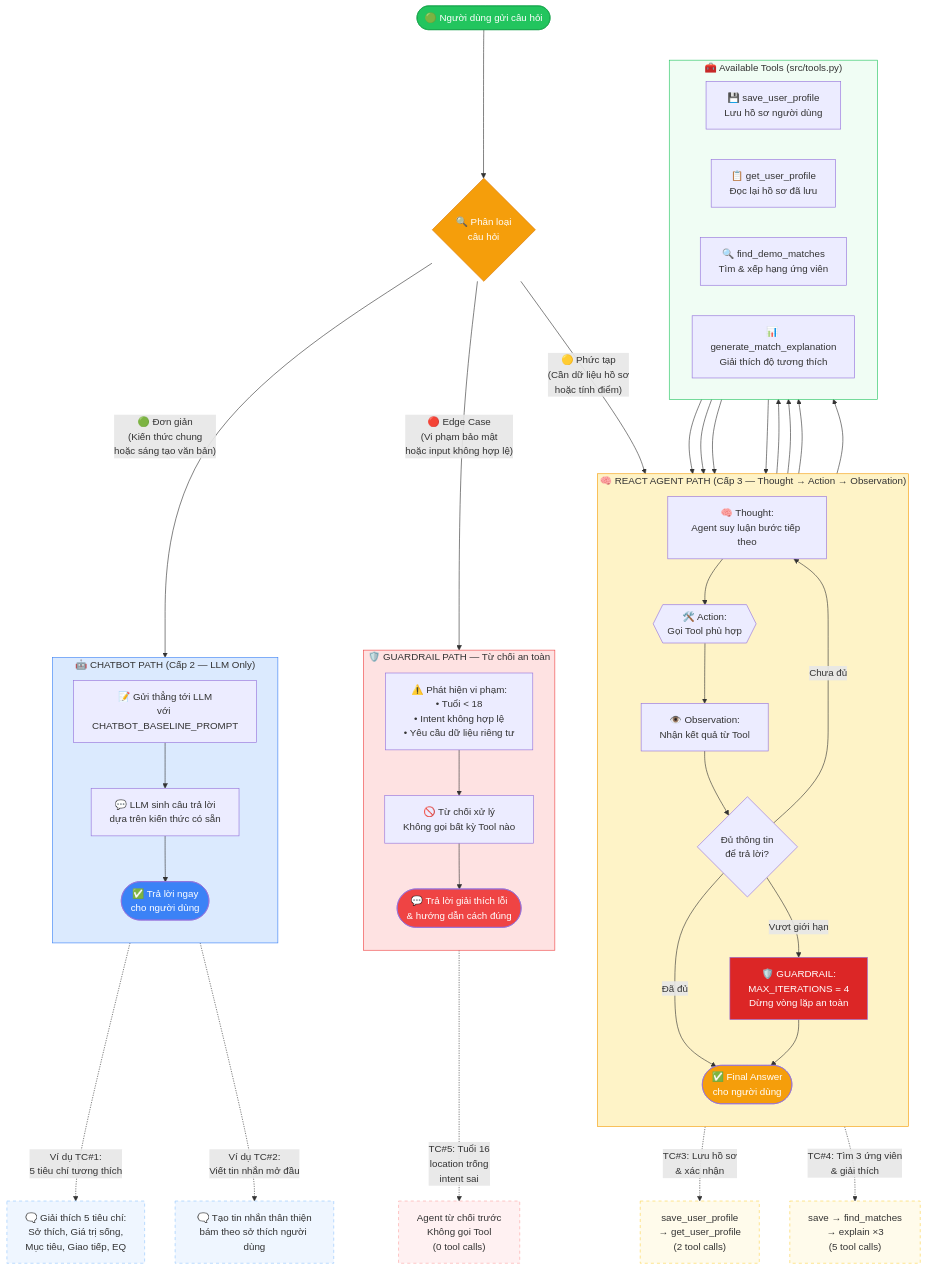
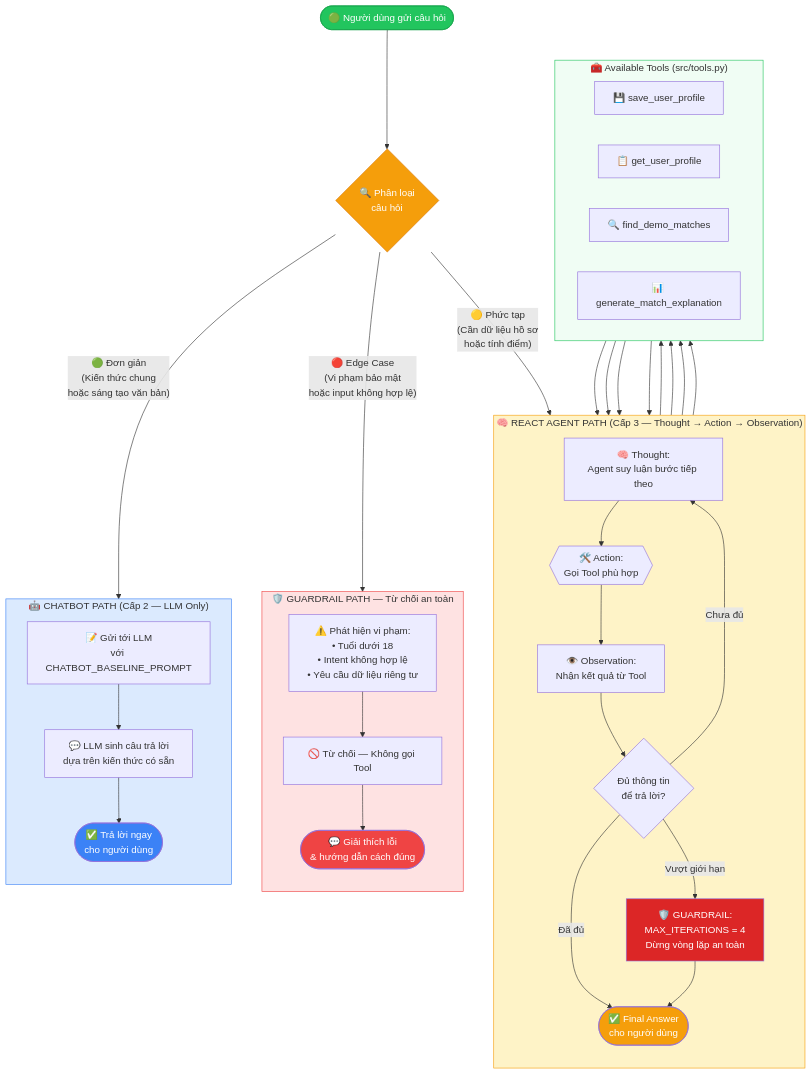
Before and after one commit to kiane000/DAY03_2A202601501_NguyenDangKyAnh: the diagram in docs/hybrid_flowchart.mermaid, drawn with Mermaid.

Commit message:
Moc 4: Role 5B - Don gian hoa Hybrid Flowchart (bo vi du thuc te)

```diff
--- a/docs/hybrid_flowchart.mermaid
+++ b/docs/hybrid_flowchart.mermaid
@@ -1,92 +1,76 @@
 flowchart TD
     %% ============================================================
     %% HYBRID DECISION FLOWCHART — CUPID AGENT
     %% Role 5B: Phân luồng Chatbot Path vs ReAct Agent Path
     %% ============================================================
 
     START([🟢 Người dùng gửi câu hỏi]) --> CLASSIFY{🔍 Phân loại\ncâu hỏi}
 
     %% ── NHÁNH 1: CÂU HỎI ĐƠN GIẢN ──────────────────────────────
     CLASSIFY -->|"🟢 Đơn giản\n(Kiến thức chung\nhoặc sáng tạo văn bản)"| CHATBOT_PATH
 
     subgraph CHATBOT_PATH ["🤖 CHATBOT PATH (Cấp 2 — LLM Only)"]
         direction TB
-        CB1["📝 Gửi thẳng tới LLM\nvới CHATBOT_BASELINE_PROMPT"]
+        CB1["📝 Gửi tới LLM\nvới CHATBOT_BASELINE_PROMPT"]
         CB2["💬 LLM sinh câu trả lời\ndựa trên kiến thức có sẵn"]
         CB3(["✅ Trả lời ngay\ncho người dùng"])
         CB1 --> CB2 --> CB3
     end
-
-    %% Ví dụ Chatbot Path
-    CHATBOT_PATH -.->|"Ví dụ TC#1:\n5 tiêu chí tương thích"| EX_CB1["🗨️ Giải thích 5 tiêu chí:\nSở thích, Giá trị sống,\nMục tiêu, Giao tiếp, EQ"]
-    CHATBOT_PATH -.->|"Ví dụ TC#2:\nViết tin nhắn mở đầu"| EX_CB2["🗨️ Tạo tin nhắn thân thiện\nbám theo sở thích người dùng"]
 
     %% ── NHÁNH 2: CÂU HỎI PHỨC TẠP ─────────────────────────────
     CLASSIFY -->|"🟡 Phức tạp\n(Cần dữ liệu hồ sơ\nhoặc tính điểm)"| REACT_PATH
 
     subgraph REACT_PATH ["🧠 REACT AGENT PATH (Cấp 3 — Thought → Action → Observation)"]
         direction TB
         RA1["🧠 Thought:\nAgent suy luận bước tiếp theo"]
         RA2{{"🛠️ Action:\nGọi Tool phù hợp"}}
         RA3["👁️ Observation:\nNhận kết quả từ Tool"]
         RA4{Đủ thông tin\nđể trả lời?}
         RA5(["✅ Final Answer\ncho người dùng"])
         GUARD["🛡️ GUARDRAIL:\nMAX_ITERATIONS = 4\nDừng vòng lặp an toàn"]
 
         RA1 --> RA2 --> RA3 --> RA4
         RA4 -->|Chưa đủ| RA1
         RA4 -->|Đã đủ| RA5
         RA4 -->|Vượt giới hạn| GUARD --> RA5
     end
 
     %% ── TOOLS CÓ THỂ GỌI ───────────────────────────────────────
     subgraph TOOLS ["🧰 Available Tools (src/tools.py)"]
         direction LR
-        T1["💾 save_user_profile\nLưu hồ sơ người dùng"]
-        T2["📋 get_user_profile\nĐọc lại hồ sơ đã lưu"]
-        T3["🔍 find_demo_matches\nTìm & xếp hạng ứng viên"]
-        T4["📊 generate_match_explanation\nGiải thích độ tương thích"]
+        T1["💾 save_user_profile"]
+        T2["📋 get_user_profile"]
+        T3["🔍 find_demo_matches"]
+        T4["📊 generate_match_explanation"]
     end
 
     RA2 --> T1
     RA2 --> T2
     RA2 --> T3
     RA2 --> T4
     T1 & T2 & T3 & T4 --> RA3
 
-    %% Ví dụ ReAct Path
-    REACT_PATH -.->|"TC#3: Lưu hồ sơ\n& xác nhận"| EX_RA1["save_user_profile\n→ get_user_profile\n(2 tool calls)"]
-    REACT_PATH -.->|"TC#4: Tìm 3 ứng viên\n& giải thích"| EX_RA2["save → find_matches\n→ explain ×3\n(5 tool calls)"]
-
     %% ── NHÁNH 3: EDGE CASE / GUARDRAIL ─────────────────────────
     CLASSIFY -->|"🔴 Edge Case\n(Vi phạm bảo mật\nhoặc input không hợp lệ)"| GUARD_PATH
 
     subgraph GUARD_PATH ["🛡️ GUARDRAIL PATH — Từ chối an toàn"]
         direction TB
-        G1["⚠️ Phát hiện vi phạm:\n• Tuổi < 18\n• Intent không hợp lệ\n• Yêu cầu dữ liệu riêng tư"]
-        G2["🚫 Từ chối xử lý\nKhông gọi bất kỳ Tool nào"]
-        G3(["💬 Trả lời giải thích lỗi\n& hướng dẫn cách đúng"])
+        G1["⚠️ Phát hiện vi phạm:\n• Tuổi dưới 18\n• Intent không hợp lệ\n• Yêu cầu dữ liệu riêng tư"]
+        G2["🚫 Từ chối — Không gọi Tool"]
+        G3(["💬 Giải thích lỗi\n& hướng dẫn cách đúng"])
         G1 --> G2 --> G3
     end
-
-    GUARD_PATH -.->|"TC#5: Tuổi 16\nlocation trống\nintent sai"| EX_G1["Agent từ chối trước\nKhông gọi Tool\n(0 tool calls)"]
 
     %% ── STYLING ─────────────────────────────────────────────────
     style START fill:#22c55e,color:#fff,stroke:#16a34a
     style CLASSIFY fill:#f59e0b,color:#fff,stroke:#d97706
 
     style CHATBOT_PATH fill:#dbeafe,stroke:#3b82f6
     style REACT_PATH fill:#fef3c7,stroke:#f59e0b
     style GUARD_PATH fill:#fee2e2,stroke:#ef4444
     style TOOLS fill:#f0fdf4,stroke:#22c55e
 
     style CB3 fill:#3b82f6,color:#fff
     style RA5 fill:#f59e0b,color:#fff
     style G3 fill:#ef4444,color:#fff
     style GUARD fill:#dc2626,color:#fff
-
-    style EX_CB1 fill:#eff6ff,stroke:#93c5fd,stroke-dasharray:5 5
-    style EX_CB2 fill:#eff6ff,stroke:#93c5fd,stroke-dasharray:5 5
-    style EX_RA1 fill:#fffbeb,stroke:#fcd34d,stroke-dasharray:5 5
-    style EX_RA2 fill:#fffbeb,stroke:#fcd34d,stroke-dasharray:5 5
-    style EX_G1 fill:#fff1f2,stroke:#fca5a5,stroke-dasharray:5 5
```
